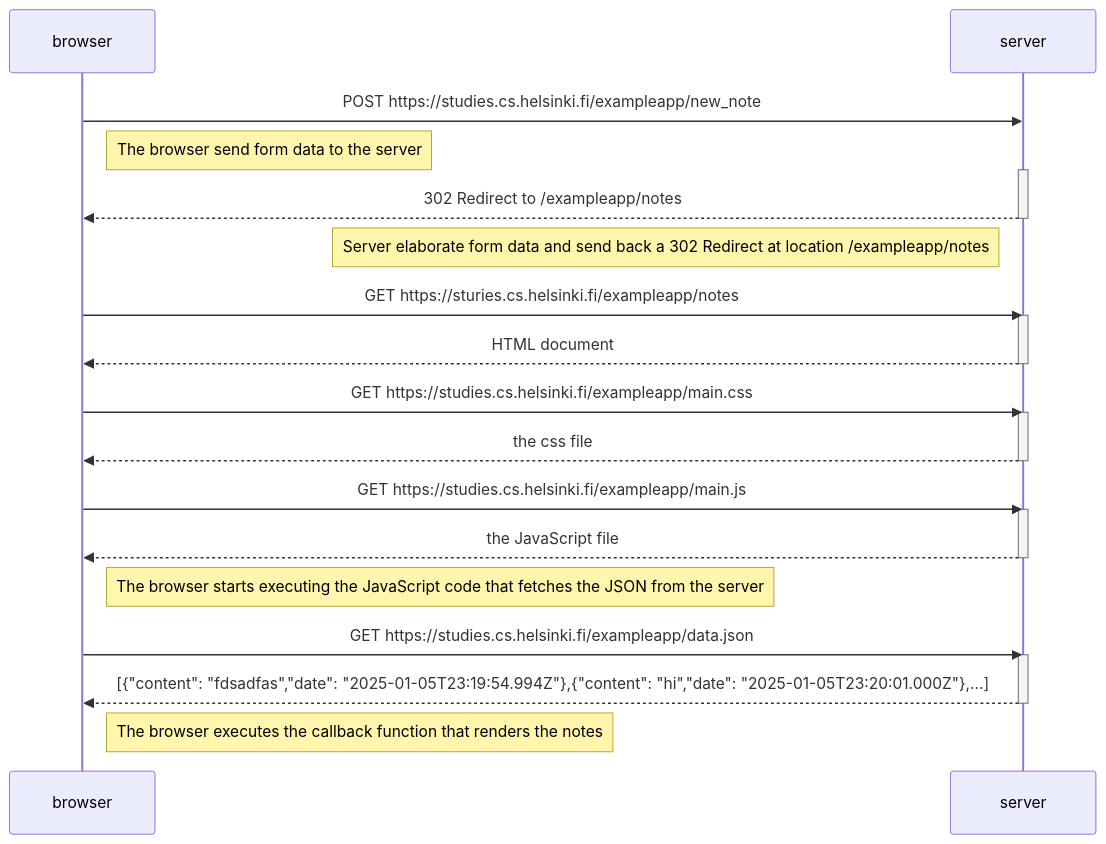
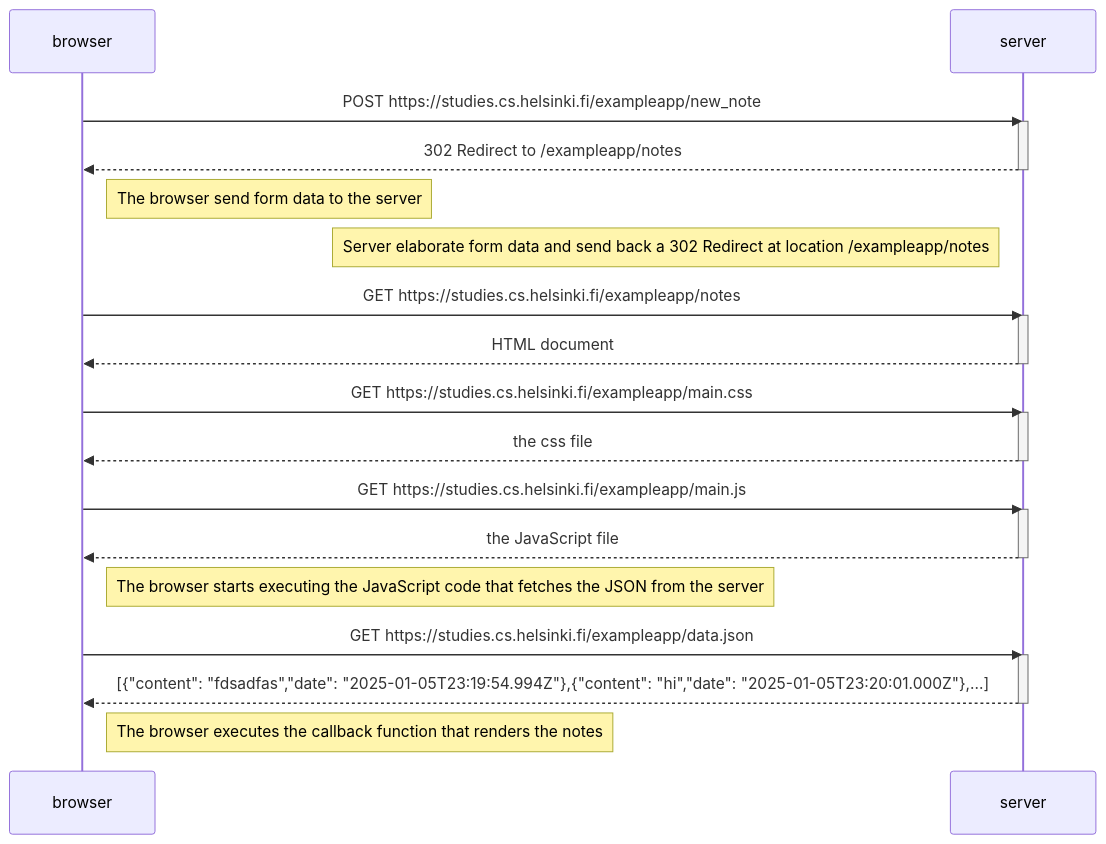
The diagram in part0/0.4.md (thebas81/fullstackopen), drawn with Mermaid before and after one commit.

Commit message:
0.4 updates

````diff
--- a/part0/0.4.md
+++ b/part0/0.4.md
@@ -1,37 +1,38 @@
 ```mermaid
 sequenceDiagram
     participant browser
     participant server
 
     browser->>server: POST https://studies.cs.helsinki.fi/exampleapp/new_note
-    Note right of browser: The browser send form data to the server
     activate server
     server-->>browser: 302 Redirect to /exampleapp/notes
     deactivate server
 
+    Note right of browser: The browser send form data to the server
+
     Note left of server: Server elaborate form data and send back a 302 Redirect at location /exampleapp/notes
 
-    browser->>server: GET https://sturies.cs.helsinki.fi/exampleapp/notes
+    browser->>server: GET https://studies.cs.helsinki.fi/exampleapp/notes
     activate server
     server-->>browser: HTML document
     deactivate server
 
     browser->>server: GET https://studies.cs.helsinki.fi/exampleapp/main.css
     activate server
     server-->>browser: the css file
     deactivate server
 
     browser->>server: GET https://studies.cs.helsinki.fi/exampleapp/main.js
     activate server
     server-->>browser: the JavaScript file
     deactivate server
 
     Note right of browser: The browser starts executing the JavaScript code that fetches the JSON from the server
 
     browser->>server: GET https://studies.cs.helsinki.fi/exampleapp/data.json
     activate server
     server-->>browser: [{"content": "fdsadfas","date": "2025-01-05T23:19:54.994Z"},{"content": "hi","date": "2025-01-05T23:20:01.000Z"},...]
     deactivate server
 
     Note right of browser: The browser executes the callback function that renders the notes
 ```
````
